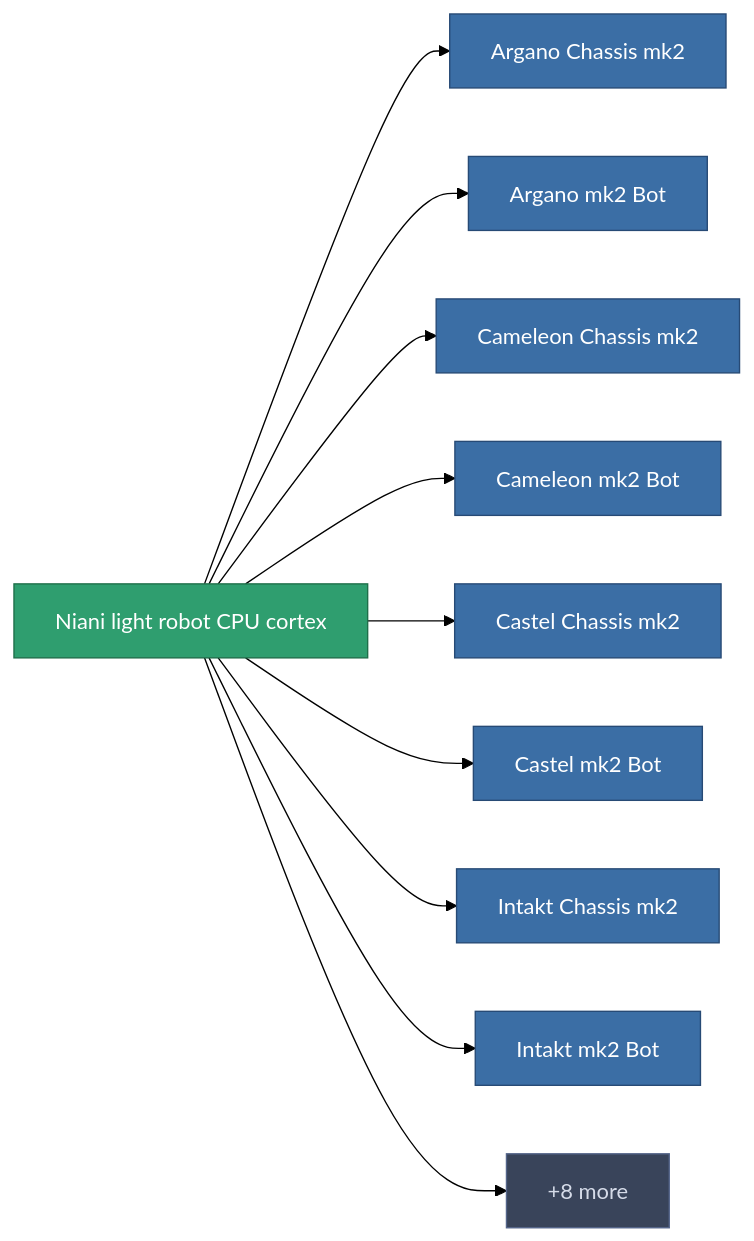
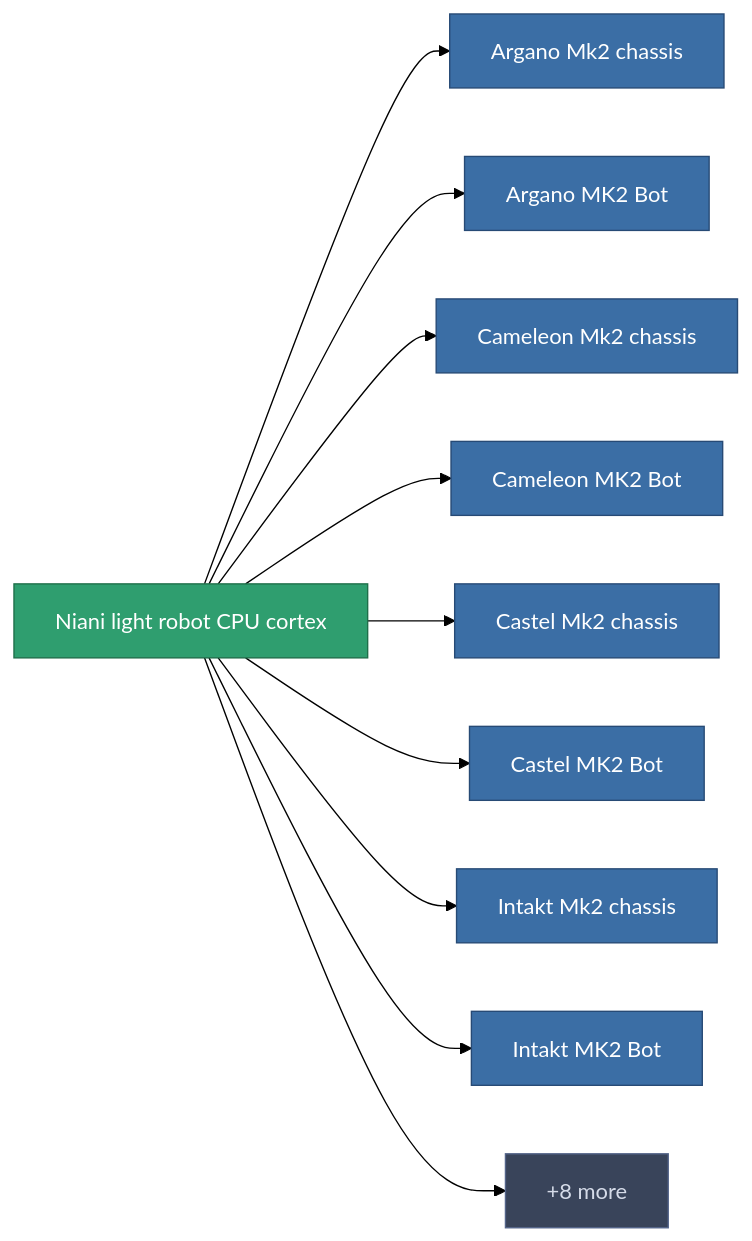
One commit to OpenPerpetuum/Wiki changed the diagram in content/content/items/reactore_core_runner.md. Above: the diagram before and after it, drawn with Mermaid (forest theme). The commit also changed other lines of this file and 1584 other files, not shown here.

````diff
--- a/content/content/items/reactore_core_runner.md
+++ b/content/content/items/reactore_core_runner.md
@@ -27,30 +27,30 @@
 ```mermaid
 graph LR
     a["Niani light robot CPU cortex"]:::current
-    b["Argano Chassis mk2"]:::prod
+    b["Argano Mk2 chassis"]:::prod
     a --> b
-    c["Argano mk2 Bot"]:::prod
+    c["Argano MK2 Bot"]:::prod
     a --> c
-    click c "/content/robots/" "Argano mk2 Bot"
-    d["Cameleon Chassis mk2"]:::prod
+    click c "/content/robots/" "Argano MK2 Bot"
+    d["Cameleon Mk2 chassis"]:::prod
     a --> d
-    e["Cameleon mk2 Bot"]:::prod
+    e["Cameleon MK2 Bot"]:::prod
     a --> e
-    click e "/content/robots/" "Cameleon mk2 Bot"
-    f["Castel Chassis mk2"]:::prod
+    click e "/content/robots/" "Cameleon MK2 Bot"
+    f["Castel Mk2 chassis"]:::prod
     a --> f
-    g["Castel mk2 Bot"]:::prod
+    g["Castel MK2 Bot"]:::prod
     a --> g
-    click g "/content/robots/" "Castel mk2 Bot"
-    h["Intakt Chassis mk2"]:::prod
+    click g "/content/robots/" "Castel MK2 Bot"
+    h["Intakt Mk2 chassis"]:::prod
     a --> h
-    i["Intakt mk2 Bot"]:::prod
+    i["Intakt MK2 Bot"]:::prod
     a --> i
-    click i "/content/robots/" "Intakt mk2 Bot"
+    click i "/content/robots/" "Intakt MK2 Bot"
     j["+8 more"]:::more
     a --> j
     click j "/content/recipes/" "All recipes"
     classDef current fill:#2f9e6f,stroke:#1f6f4a,color:#ffffff
     classDef prod fill:#3b6ea5,stroke:#274a75,color:#ffffff
     classDef more fill:#39445a,stroke:#54658a,color:#d5dbe8
 ```
````
